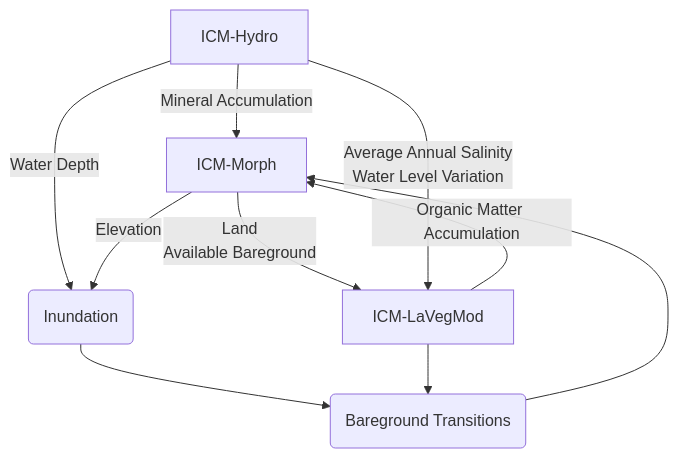
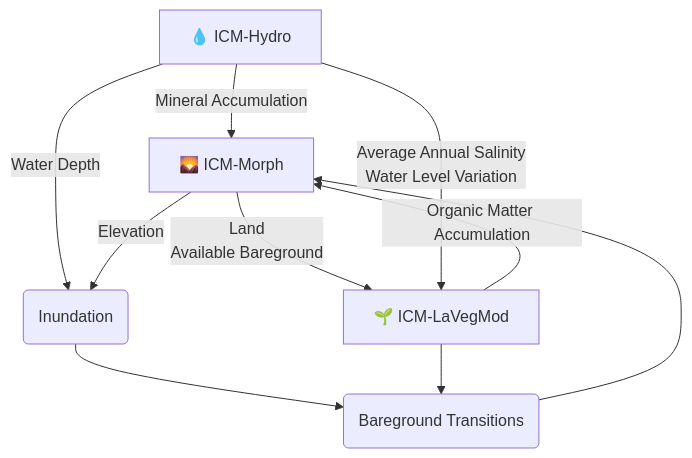
One commit to pscedu/cpra-documentation changed the fifth of 9 diagrams in README.md. Above: the diagram before and after it, drawn with Mermaid. The commit also changed other lines of this file, not shown here.

````diff
--- a/README.md
+++ b/README.md
@@ -89,12 +89,12 @@
 ```mermaid
 flowchart TD
-    M[ICM-Morph] -->|Land\nAvailable Bareground| VM[ICM-LaVegMod]
+    M[🌄 ICM-Morph] -->|Land\nAvailable Bareground| VM[🌱 ICM-LaVegMod]
     VM -->|Organic Matter Accumulation| M
-    H[ICM-Hydro] -->|Mineral Accumulation| M
+    H[💧 ICM-Hydro] -->|Mineral Accumulation| M
     H -->|Average Annual Salinity\nWater Level Variation| VM
     H -->|Water Depth| In(Inundation)
     M -->|Elevation| In
     In --> BT(Bareground Transitions)
     VM --> BT
     BT --> M
 ```
````
